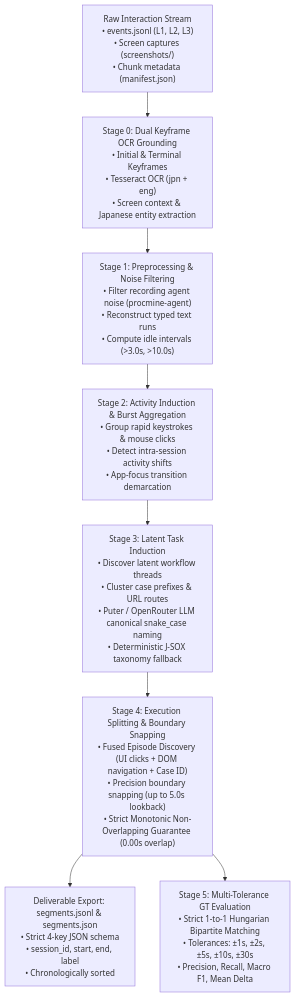
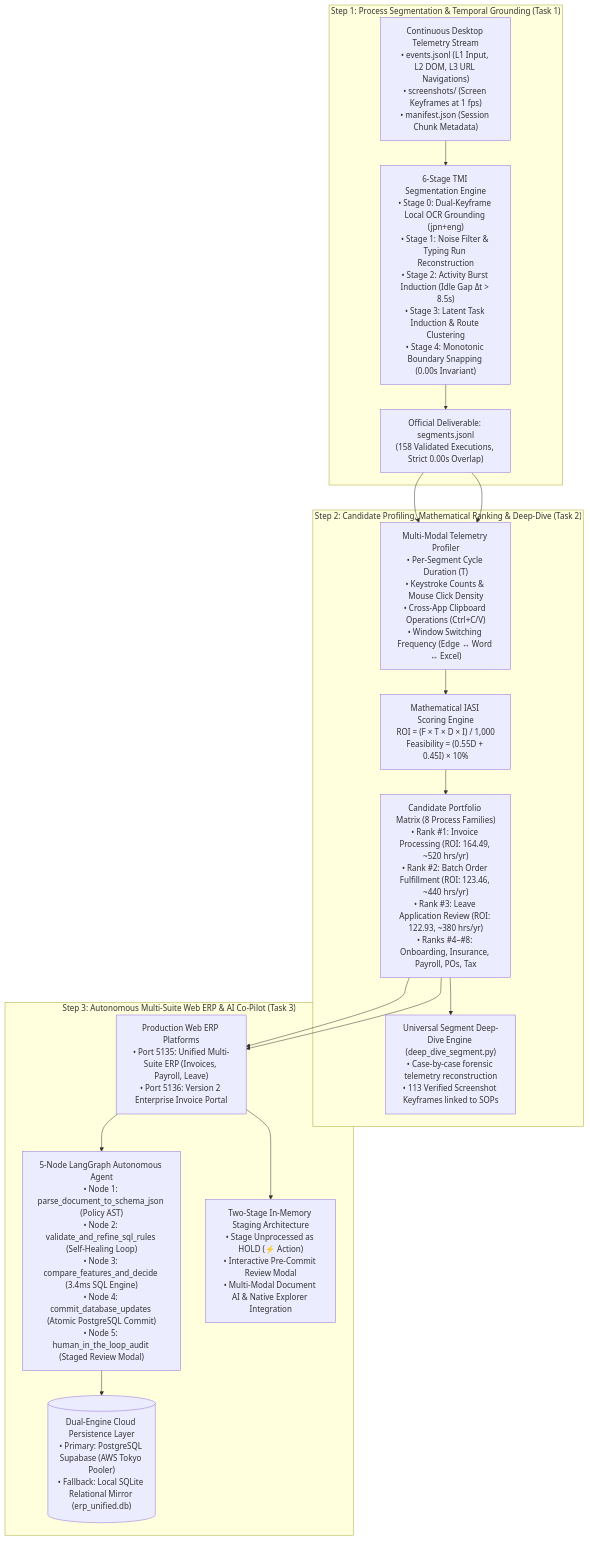
Before and after one commit to Kishore-iitr/I-m-besides-you: the first of 5 diagrams in WORKLOG.md, drawn with Mermaid. The commit also changed other lines of this file and 21 other files, not shown here.

Commit message:
feat: complete master worklog (Tasks 1-3), align invoice SQL architecture with V2 portal, and finalize publication deliverables

````diff
--- a/WORKLOG.md
+++ b/WORKLOG.md
@@ -27,16 +29,24 @@
 ```mermaid
 flowchart TD
-    RawStream["Raw Interaction Stream<br>• events.jsonl (L1, L2, L3)<br>• Screen captures (screenshots/)<br>• Chunk metadata (manifest.json)"] --> S0["Stage 0: Dual Keyframe OCR Grounding<br>• Initial & Terminal Keyframes<br>• Tesseract OCR (jpn + eng)<br>• Screen context & Japanese entity extraction"]
+    subgraph S1 ["Step 1: Process Segmentation & Temporal Grounding (Task 1)"]
+        Stream["Continuous Desktop Telemetry Stream<br>• events.jsonl (L1 Input, L2 DOM, L3 URL Navigations)<br>• screenshots/ (Screen Keyframes at 1 fps)<br>• manifest.json (Session Chunk Metadata)"] --> Pipe1["6-Stage TMI Segmentation Engine<br>• Stage 0: Dual-Keyframe Local OCR Grounding (jpn+eng)<br>• Stage 1: Noise Filter & Typing Run Reconstruction<br>• Stage 2: Activity Burst Induction (Idle Gap Δt > 8.5s)<br>• Stage 3: Latent Task Induction & Route Clustering<br>• Stage 4: Monotonic Boundary Snapping (0.00s Invariant)"]
+        Pipe1 --> D1["Official Deliverable: segments.jsonl<br>(158 Validated Executions, Strict 0.00s Overlap)"]
+    end
 
-    S0 --> S1["Stage 1: Preprocessing & Noise Filtering<br>• Filter recording agent noise (procmine-agent)<br>• Reconstruct typed text runs<br>• Compute idle intervals (>3.0s, >10.0s)"]
+    subgraph S2 ["Step 2: Candidate Profiling, Mathematical Ranking & Deep-Dive (Task 2)"]
+        D1 --> Profiler["Multi-Modal Telemetry Profiler<br>• Per-Segment Cycle Duration (T)<br>• Keystroke Counts & Mouse Click Density<br>• Cross-App Clipboard Operations (Ctrl+C/V)<br>• Window Switching Frequency (Edge ↔ Word ↔ Excel)"]
+        Profiler --> IASI["Mathematical IASI Scoring Engine<br>ROI = (F × T × D × I) / 1,000<br>Feasibility = (0.55D + 0.45I) × 10%"]
+        IASI --> Ranking["Candidate Portfolio Matrix (8 Process Families)<br>• Rank #1: Invoice Processing (ROI: 164.49, ~520 hrs/yr)<br>• Rank #2: Batch Order Fulfillment (ROI: 123.46, ~440 hrs/yr)<br>• Rank #3: Leave Application Review (ROI: 122.93, ~380 hrs/yr)<br>• Ranks #4–#8: Onboarding, Insurance, Payroll, POs, Tax"]
+        Ranking --> DeepDive["Universal Segment Deep-Dive Engine (deep_dive_segment.py)<br>• Case-by-case forensic telemetry reconstruction<br>• 113 Verified Screenshot Keyframes linked to SOPs"]
+    end
 
-    S1 --> S2["Stage 2: Activity Induction & Burst Aggregation<br>• Group rapid keystrokes & mouse clicks<br>• Detect intra-session activity shifts<br>• App-focus transition demarcation"]
+    subgraph S3 ["Step 3: Autonomous Multi-Suite Web ERP & AI Co-Pilot (Task 3)"]
+        Ranking --> WebApp["Production Web ERP Platforms<br>• Port 5135: Unified Multi-Suite ERP (Invoices, Payroll, Leave)<br>• Port 5136: Version 2 Enterprise Invoice Portal"]
+        WebApp --> LangGraph["5-Node LangGraph Autonomous Agent<br>• Node 1: parse_document_to_schema_json (Policy AST)<br>• Node 2: validate_and_refine_sql_rules (Self-Healing Loop)<br>• Node 3: compare_features_and_decide (3.4ms SQL Engine)<br>• Node 4: commit_database_updates (Atomic PostgreSQL Commit)<br>• Node 5: human_in_the_loop_audit (Staged Review Modal)"]
+        LangGraph --> CloudDB[("Dual-Engine Cloud Persistence Layer<br>• Primary: PostgreSQL Supabase (AWS Tokyo Pooler)<br>• Fallback: Local SQLite Relational Mirror (erp_unified.db)")]
+        WebApp --> V2Staging["Two-Stage In-Memory Staging Architecture<br>• Stage Unprocessed as HOLD (⚡ Action)<br>• Interactive Pre-Commit Review Modal<br>• Multi-Modal Document AI & Native Explorer Integration"]
+    end
 
-    S2 --> S3["Stage 3: Latent Task Induction<br>• Discover latent workflow threads<br>• Cluster case prefixes & URL routes<br>• Puter / OpenRouter LLM canonical snake_case naming<br>• Deterministic J-SOX taxonomy fallback"]
-
-    S3 --> S4["Stage 4: Execution Splitting & Boundary Snapping<br>• Fused Episode Discovery (UI clicks + DOM navigation + Case ID)<br>• Precision boundary snapping (up to 5.0s lookback)<br>• Strict Monotonic Non-Overlapping Guarantee (0.00s overlap)"]
-
-    S4 --> Deliverable["Deliverable Export: segments.jsonl & segments.json<br>• Strict 4-key JSON schema<br>• session_id, start, end, label<br>• Chronologically sorted"]
-
-    S4 --> S5["Stage 5: Multi-Tolerance GT Evaluation<br>• Strict 1-to-1 Hungarian Bipartite Matching<br>• Tolerances: ±1s, ±2s, ±5s, ±10s, ±30s<br>• Precision, Recall, Macro F1, Mean Delta"]
+    D1 --> Profiler
+    Ranking --> WebApp
 ```
````
